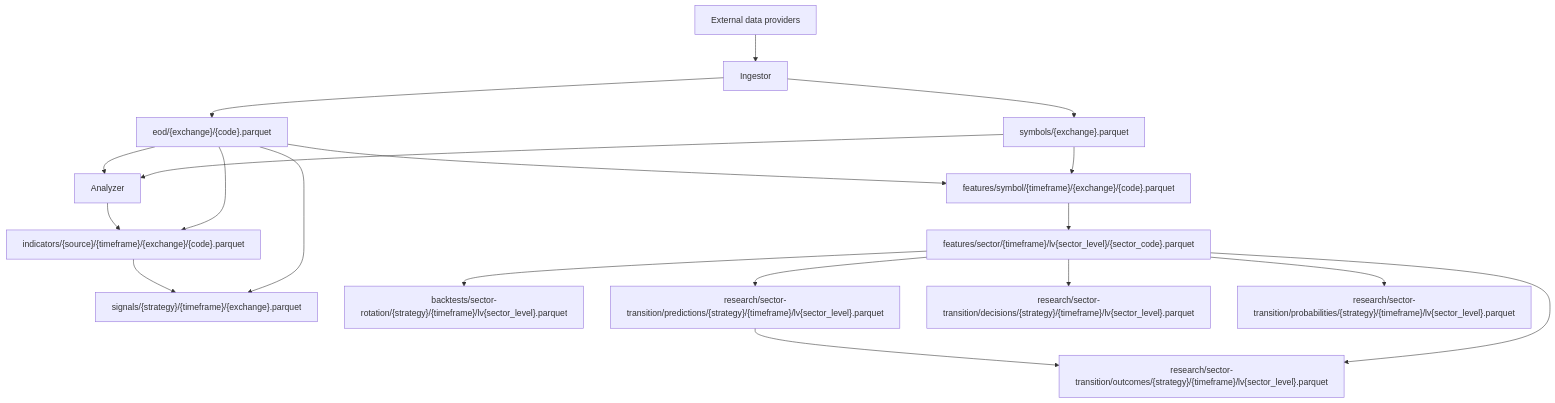
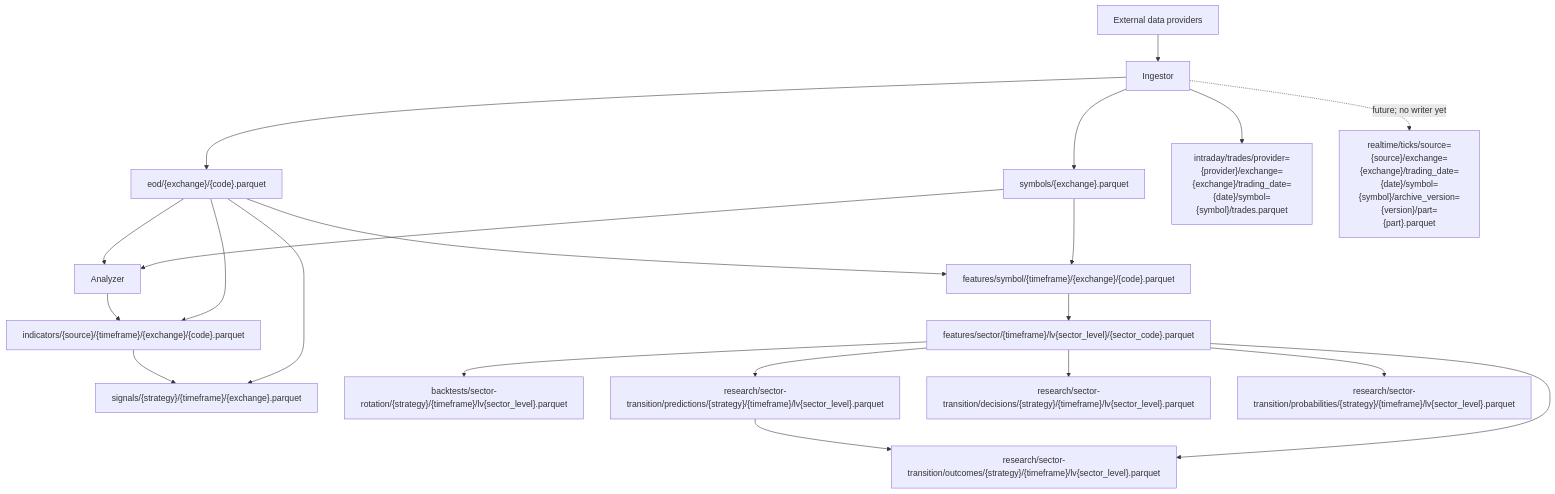
One commit to tanlocit9/omni changed the diagram in docs/data/002-data-lake.md. Above: the diagram before and after it, drawn with Mermaid. The commit also changed other lines of this file and 58 other files, not shown here.

````diff
--- a/docs/data/002-data-lake.md
+++ b/docs/data/002-data-lake.md
@@ -9,36 +9,40 @@
 ```mermaid
 flowchart TD
   Provider["External data providers"]
   Ingestor["Ingestor"]
   Analyzer["Analyzer"]
   Symbols["symbols/{exchange}.parquet"]
   EOD["eod/{exchange}/{code}.parquet"]
+  Intraday["intraday/trades/provider={provider}/exchange={exchange}/trading_date={date}/symbol={symbol}/trades.parquet"]
+  RealtimeTicks["realtime/ticks/source={source}/exchange={exchange}/trading_date={date}/symbol={symbol}/archive_version={version}/part={part}.parquet"]
   Indicators["indicators/{source}/{timeframe}/{exchange}/{code}.parquet"]
   Signals["signals/{strategy}/{timeframe}/{exchange}.parquet"]
   SymbolFeatures["features/symbol/{timeframe}/{exchange}/{code}.parquet"]
   SectorFeatures["features/sector/{timeframe}/lv{sector_level}/{sector_code}.parquet"]
   Backtests["backtests/sector-rotation/{strategy}/{timeframe}/lv{sector_level}.parquet"]
   TransitionPredictions["research/sector-transition/predictions/{strategy}/{timeframe}/lv{sector_level}.parquet"]
   TransitionDecisions["research/sector-transition/decisions/{strategy}/{timeframe}/lv{sector_level}.parquet"]
   TransitionProbabilities["research/sector-transition/probabilities/{strategy}/{timeframe}/lv{sector_level}.parquet"]
   TransitionOutcomes["research/sector-transition/outcomes/{strategy}/{timeframe}/lv{sector_level}.parquet"]
 
   Provider --> Ingestor
   Ingestor --> Symbols
   Ingestor --> EOD
+  Ingestor --> Intraday
+  Ingestor -. "future; no writer yet" .-> RealtimeTicks
   EOD --> Analyzer
   Symbols --> Analyzer
   Analyzer --> Indicators
   EOD --> Indicators
   Indicators --> Signals
   EOD --> Signals
   EOD --> SymbolFeatures
   Symbols --> SymbolFeatures
   SymbolFeatures --> SectorFeatures
   SectorFeatures --> Backtests
   SectorFeatures --> TransitionPredictions
   SectorFeatures --> TransitionDecisions
   SectorFeatures --> TransitionProbabilities
   TransitionPredictions --> TransitionOutcomes
   SectorFeatures --> TransitionOutcomes
 ```
````
